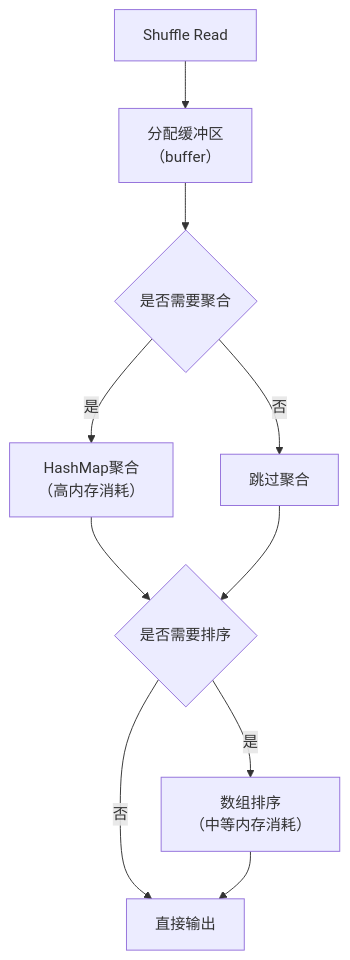
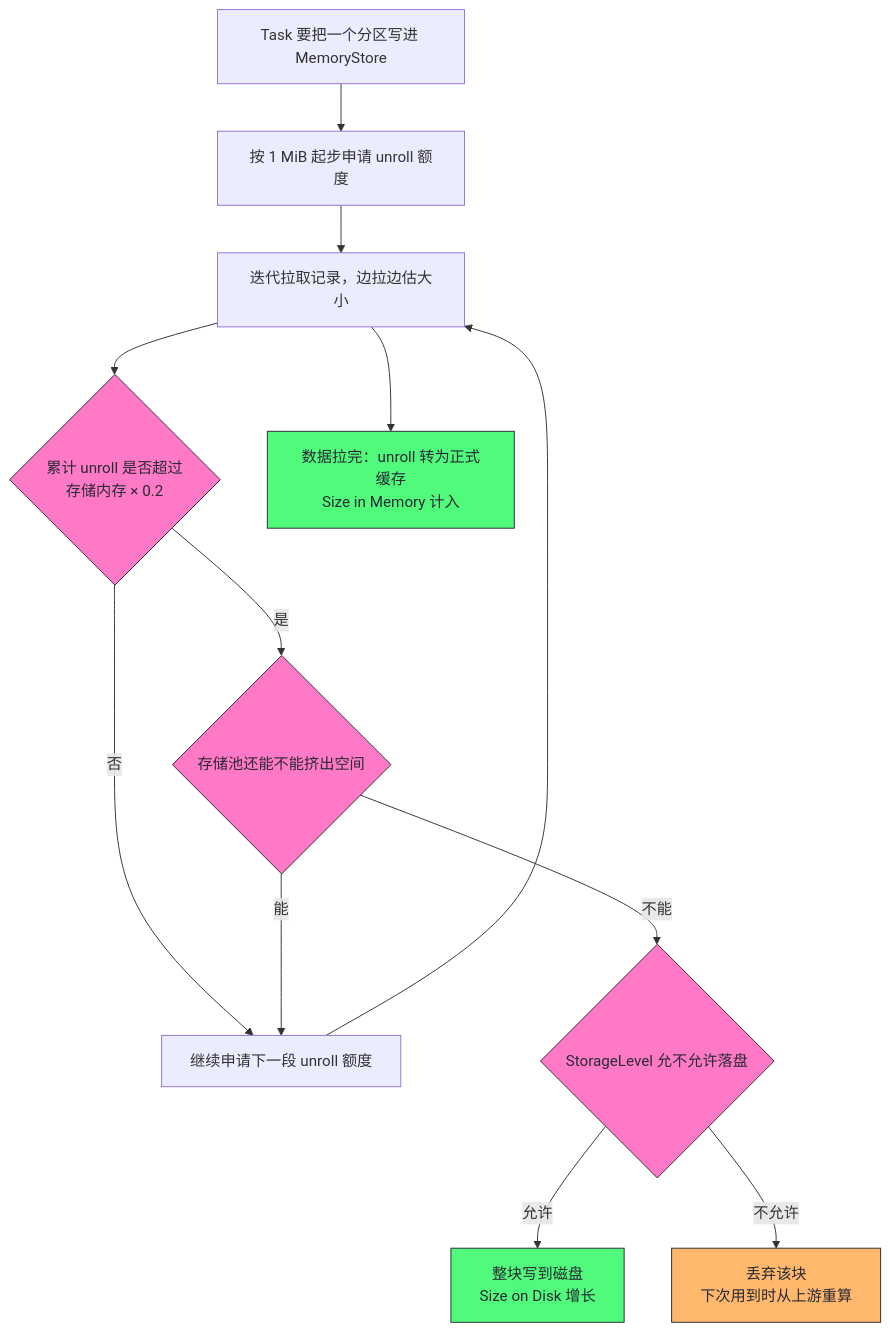
Before and after one commit to hpliStartAgain/my-brain: the second of 5 diagrams in content/大数据/Spark/读书笔记-spark内核/04_存储与容错机制/1. Spark内存管理机制.md, drawn with Mermaid. The commit also changed other lines of this file and 259 other files, not shown here.

````diff
--- a/content/大数据/Spark/读书笔记-spark内核/04_存储与容错机制/1. Spark内存管理机制.md
+++ b/content/大数据/Spark/读书笔记-spark内核/04_存储与容错机制/1. Spark内存管理机制.md
@@ -130,12 +117,21 @@
 ```mermaid
+%%{init: {'theme': 'dracula'}}%%
 flowchart TD
-    A["Shuffle Read"] --> B["分配缓冲区<br>（buffer）"]
-    B --> C{"是否需要聚合"}
-    C -->|"是"| D["HashMap聚合<br>（高内存消耗）"]
-    C -->|"否"| E["跳过聚合"]
-    D --> F{"是否需要排序"}
-    E --> F
-    F -->|"是"| G["数组排序<br>（中等内存消耗）"]
-    F -->|"否"| H["直接输出"]
-    G --> H
+    A["Task 要把一个分区写进 MemoryStore"] --> B["按 1 MiB 起步申请 unroll 额度"]
+    B --> C["迭代拉取记录，边拉边估大小"]
+    C --> D{"累计 unroll 是否超过<br/>存储内存 × 0.2"}
+    D -- "否" --> E["继续申请下一段 unroll 额度"]
+    E --> C
+    D -- "是" --> F{"存储池还能不能挤出空间"}
+    F -- "能" --> E
+    F -- "不能" --> G{"StorageLevel 允不允许落盘"}
+    G -- "允许" --> H["整块写到磁盘<br/>Size on Disk 增长"]
+    G -- "不允许" --> I["丢弃该块<br/>下次用到时从上游重算"]
+    C --> J["数据拉完：unroll 转为正式缓存<br/>Size in Memory 计入"]
+    classDef gate fill:#ff79c6,stroke:#282a36,color:#282a36
+    classDef ok fill:#50fa7b,stroke:#282a36,color:#282a36
+    classDef bad fill:#ffb86c,stroke:#282a36,color:#282a36
+    class D,F,G gate
+    class J,H ok
+    class I bad
 ```
````
